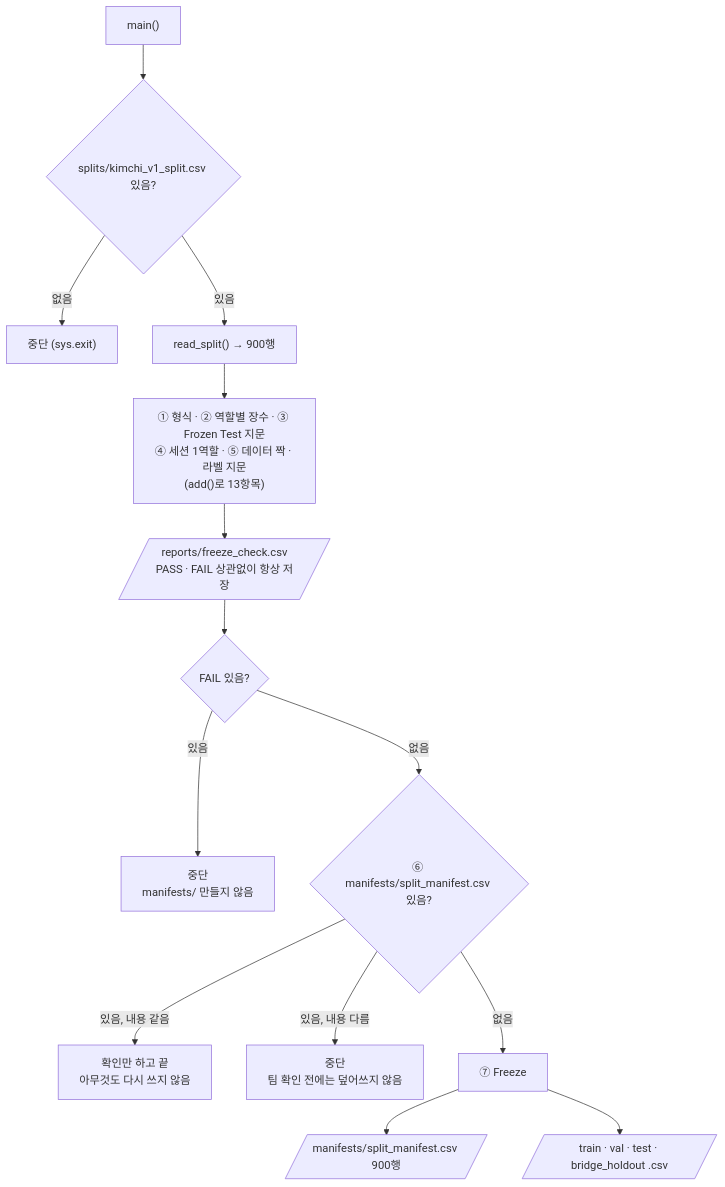
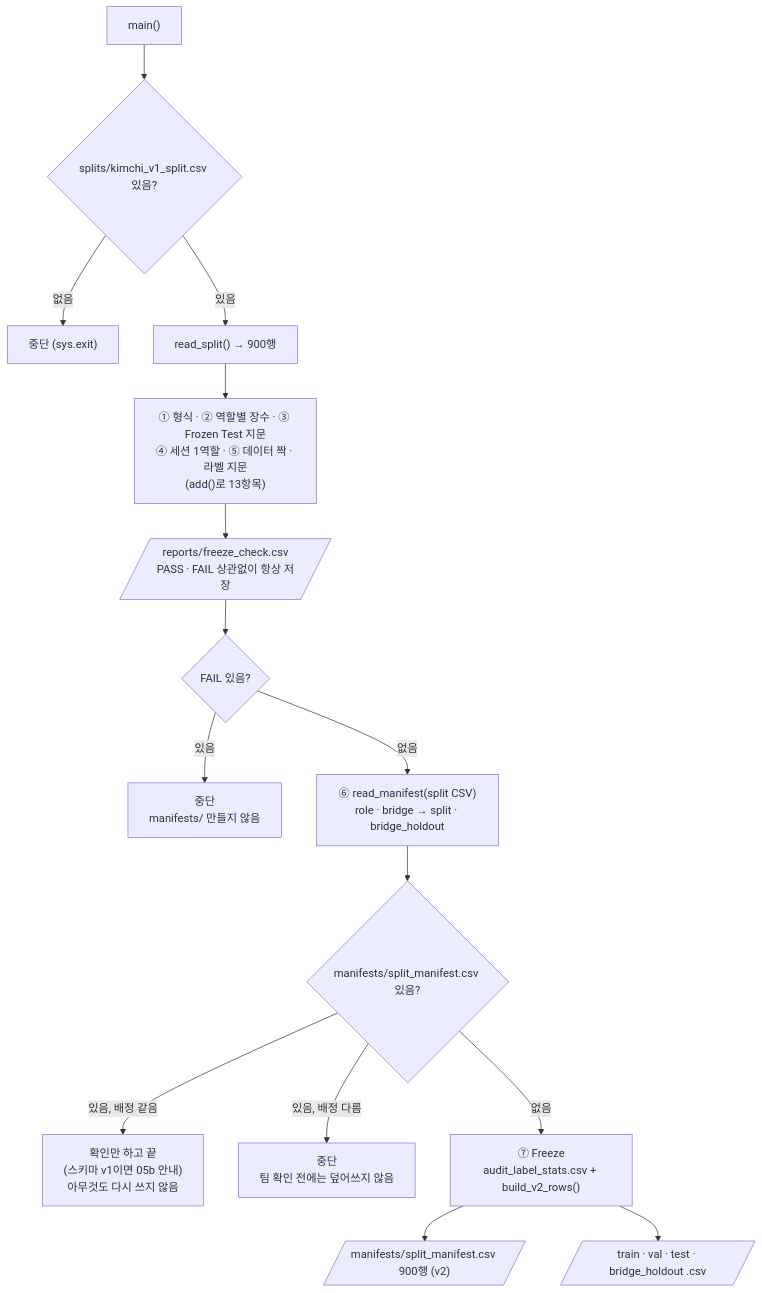
The diagram in prj08/docs/code_review/scripts/05_freeze_split.md (howolcat/prj2026.10), drawn with Mermaid before and after one commit. The commit also changed other lines of this file and 13 other files, not shown here.

````diff
--- a/prj08/docs/code_review/scripts/05_freeze_split.md
+++ b/prj08/docs/code_review/scripts/05_freeze_split.md
@@ -34,16 +37,17 @@
 ```mermaid
 flowchart TD
     A["main()"] --> B{"splits/kimchi_v1_split.csv 있음?"}
     B -->|없음| X["중단 (sys.exit)"]
     B -->|있음| C["read_split() → 900행"]
     C --> D["① 형식 · ② 역할별 장수 · ③ Frozen Test 지문<br/>④ 세션 1역할 · ⑤ 데이터 짝 · 라벨 지문<br/>(add()로 13항목)"]
     D --> E[/"reports/freeze_check.csv<br/>PASS · FAIL 상관없이 항상 저장"/]
     E --> F{"FAIL 있음?"}
     F -->|있음| G["중단<br/>manifests/ 만들지 않음"]
-    F -->|없음| H{"⑥ manifests/split_manifest.csv 있음?"}
-    H -->|있음, 내용 같음| I["확인만 하고 끝<br/>아무것도 다시 쓰지 않음"]
-    H -->|있음, 내용 다름| J["중단<br/>팀 확인 전에는 덮어쓰지 않음"]
-    H -->|없음| K["⑦ Freeze"]
-    K --> L[/"manifests/split_manifest.csv 900행"/]
+    F -->|없음| G2["⑥ read_manifest(split CSV)<br/>role · bridge → split · bridge_holdout"]
+    G2 --> H{"manifests/split_manifest.csv 있음?"}
+    H -->|있음, 배정 같음| I["확인만 하고 끝<br/>(스키마 v1이면 05b 안내)<br/>아무것도 다시 쓰지 않음"]
+    H -->|있음, 배정 다름| J["중단<br/>팀 확인 전에는 덮어쓰지 않음"]
+    H -->|없음| K["⑦ Freeze<br/>audit_label_stats.csv + build_v2_rows()"]
+    K --> L[/"manifests/split_manifest.csv 900행 (v2)"/]
     K --> M[/"train · val · test · bridge_holdout .csv"/]
 ```
````
